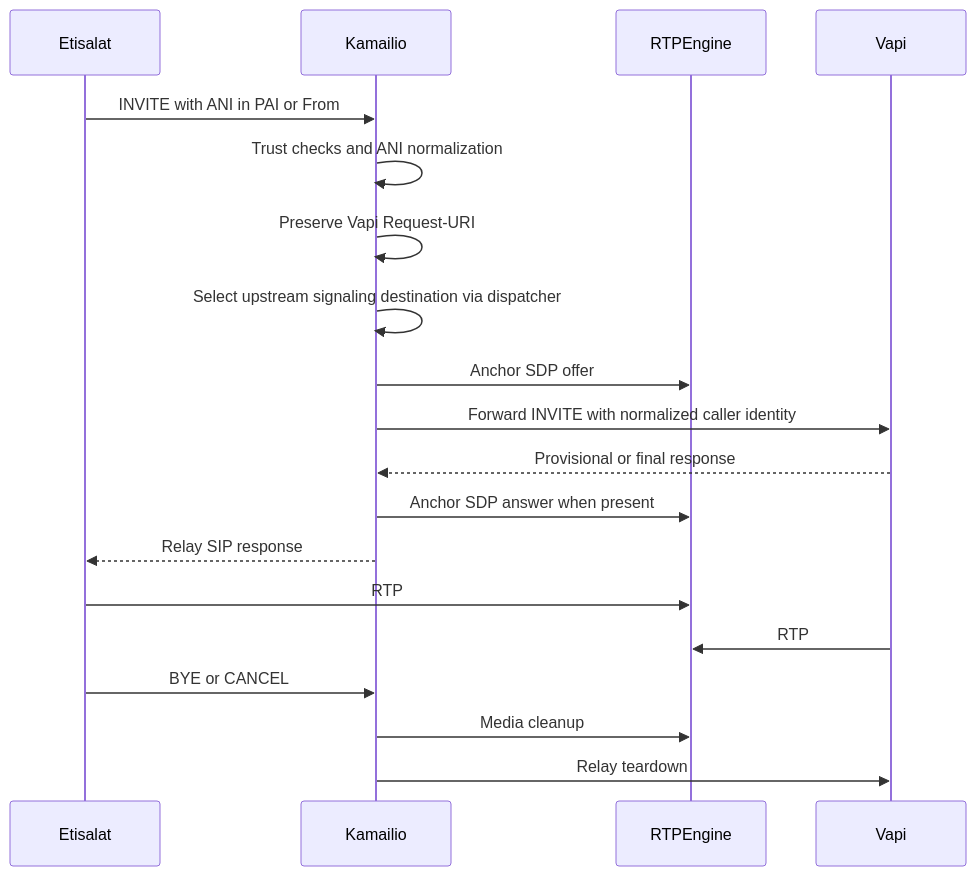
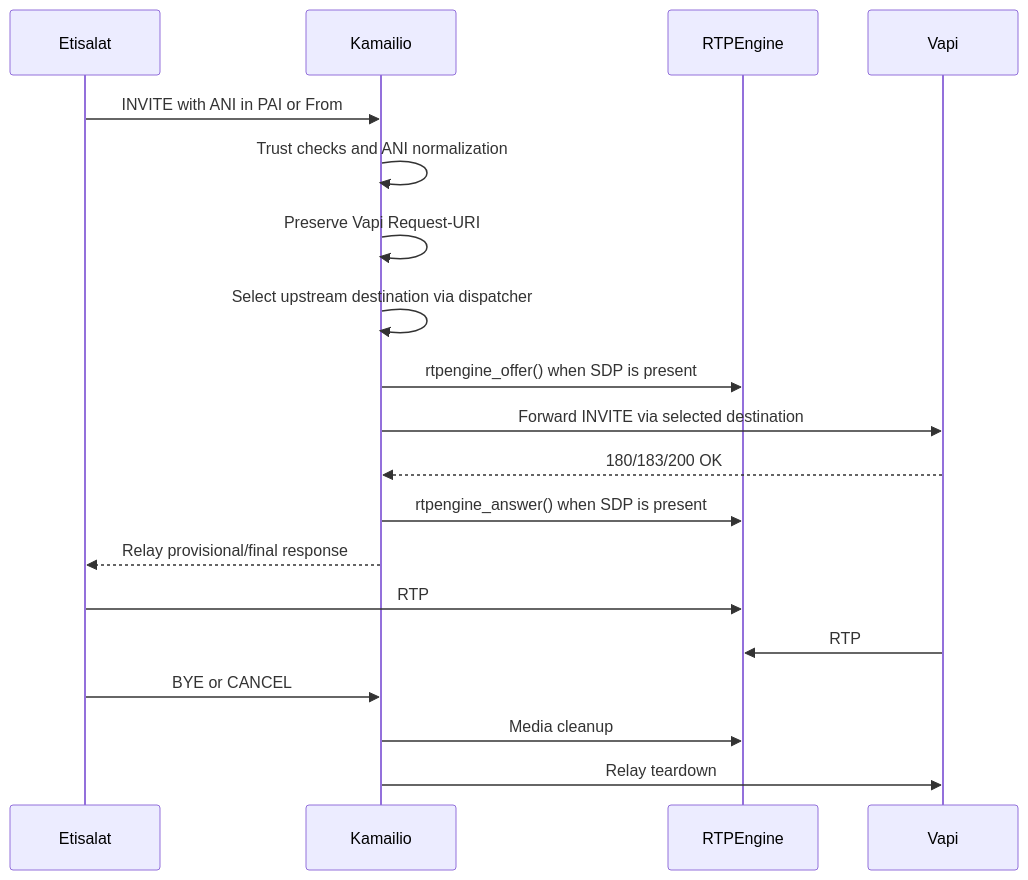
One commit to mohdrajab81/kamailio-rtpengine-sbc changed the second of 2 diagrams in docs/etisalat-vapi-sbc-solution-design.md. Above: the diagram before and after it, drawn with Mermaid. The commit also changed other lines of this file and 137 other files, not shown here.

````diff
--- a/docs/etisalat-vapi-sbc-solution-design.md
+++ b/docs/etisalat-vapi-sbc-solution-design.md
@@ -665,22 +58,22 @@
 ```mermaid
 sequenceDiagram
     participant E as Etisalat
     participant K as Kamailio
     participant R as RTPEngine
     participant V as Vapi
 
     E->>K: INVITE with ANI in PAI or From
     K->>K: Trust checks and ANI normalization
     K->>K: Preserve Vapi Request-URI
-    K->>K: Select upstream signaling destination via dispatcher
-    K->>R: Anchor SDP offer
-    K->>V: Forward INVITE with normalized caller identity
-    V-->>K: Provisional or final response
-    K->>R: Anchor SDP answer when present
-    K-->>E: Relay SIP response
+    K->>K: Select upstream destination via dispatcher
+    K->>R: rtpengine_offer() when SDP is present
+    K->>V: Forward INVITE via selected destination
+    V-->>K: 180/183/200 OK
+    K->>R: rtpengine_answer() when SDP is present
+    K-->>E: Relay provisional/final response
     E->>R: RTP
     V->>R: RTP
     E->>K: BYE or CANCEL
     K->>R: Media cleanup
     K->>V: Relay teardown
 ```
````
